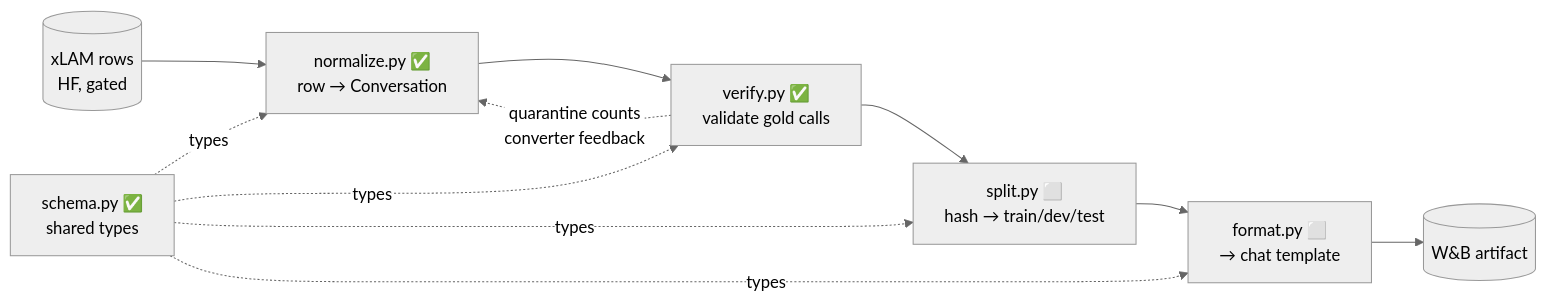
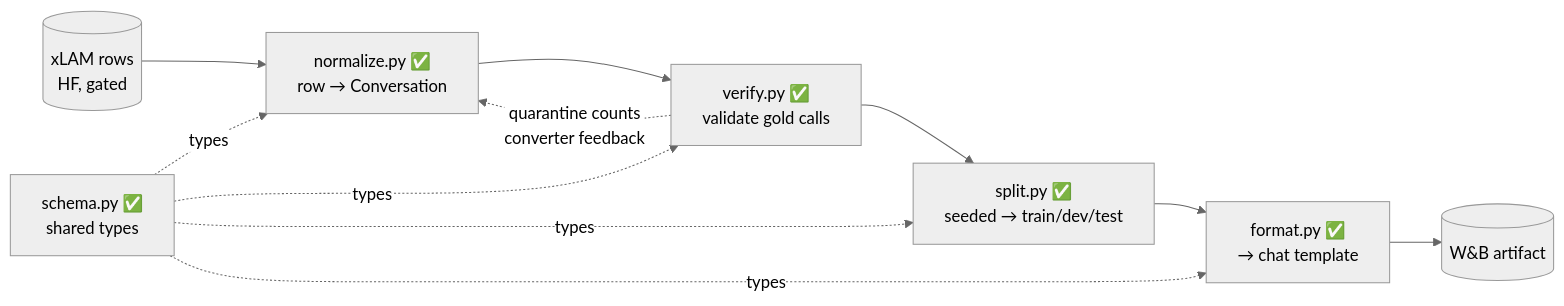
The first of 2 diagrams in README.md (saltasaurus/tool-forge), drawn with Mermaid (neutral theme) before and after one commit. The commit also changed other lines of this file and 6 other files, not shown here.

````diff
--- a/README.md
+++ b/README.md
@@ -34,17 +34,17 @@
 ```mermaid
 flowchart LR
     XLAM[("xLAM rows<br/>HF, gated")]
     NORM["normalize.py ✅<br/>row → Conversation"]
     VERIFY["verify.py ✅<br/>validate gold calls"]
-    SPLIT["split.py ⬜<br/>hash → train/dev/test"]
-    FORMAT["format.py ⬜<br/>→ chat template"]
+    SPLIT["split.py ✅<br/>seeded → train/dev/test"]
+    FORMAT["format.py ✅<br/>→ chat template"]
     WANDB[("W&B artifact")]
     SCHEMA["schema.py ✅<br/>shared types"]
 
     XLAM --> NORM --> VERIFY --> SPLIT --> FORMAT --> WANDB
     SCHEMA -. types .-> NORM
     SCHEMA -. types .-> VERIFY
     SCHEMA -. types .-> SPLIT
     SCHEMA -. types .-> FORMAT
     VERIFY -. quarantine counts<br/>converter feedback .-> NORM
 ```
````
